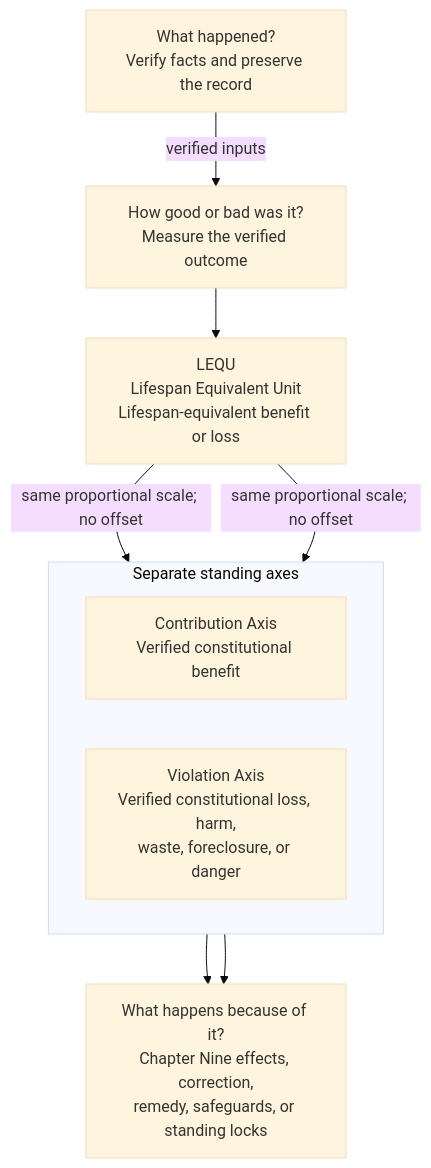
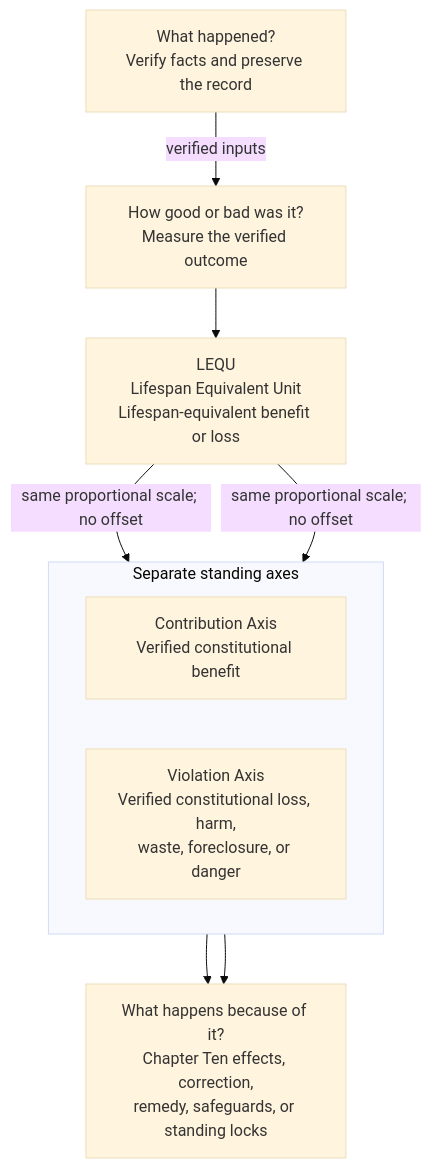
One commit to kfoelsch/Sentient_Constitution changed diagram 13 of 20 in CONCEPTUAL_OVERVIEW.md. Above: the diagram before and after it, drawn with Mermaid (base theme). The commit also changed other lines of this file and 807 other files, not shown here.

````diff
--- a/CONCEPTUAL_OVERVIEW.md
+++ b/CONCEPTUAL_OVERVIEW.md
@@ -523,18 +527,18 @@
 ```mermaid
 flowchart TB
     Facts["What happened?<br/>Verify facts and preserve the record"]
     Measure["How good or bad was it?<br/>Measure the verified outcome"]
     LEQU["LEQU<br/>Lifespan Equivalent Unit<br/>Lifespan-equivalent benefit or loss"]
     subgraph Axes["Separate standing axes"]
         direction LR
         C["Contribution Axis<br/>Verified constitutional benefit"]
         V["Violation Axis<br/>Verified constitutional loss, harm,<br/>waste, foreclosure, or danger"]
     end
-    Effects["What happens because of it?<br/>Chapter Nine effects, correction,<br/>remedy, safeguards, or standing locks"]
+    Effects["What happens because of it?<br/>Chapter Ten effects, correction,<br/>remedy, safeguards, or standing locks"]
     Facts -->|verified inputs| Measure
     Measure --> LEQU
     LEQU -->|same proportional scale; no offset| C
     LEQU -->|same proportional scale; no offset| V
     C --> Effects
     V --> Effects
 ```
````
